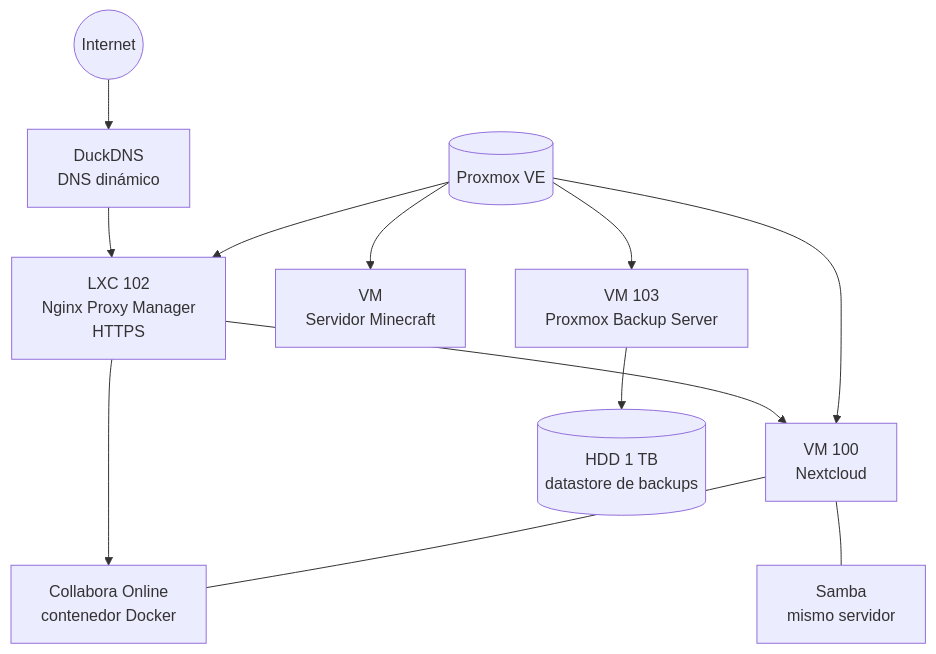
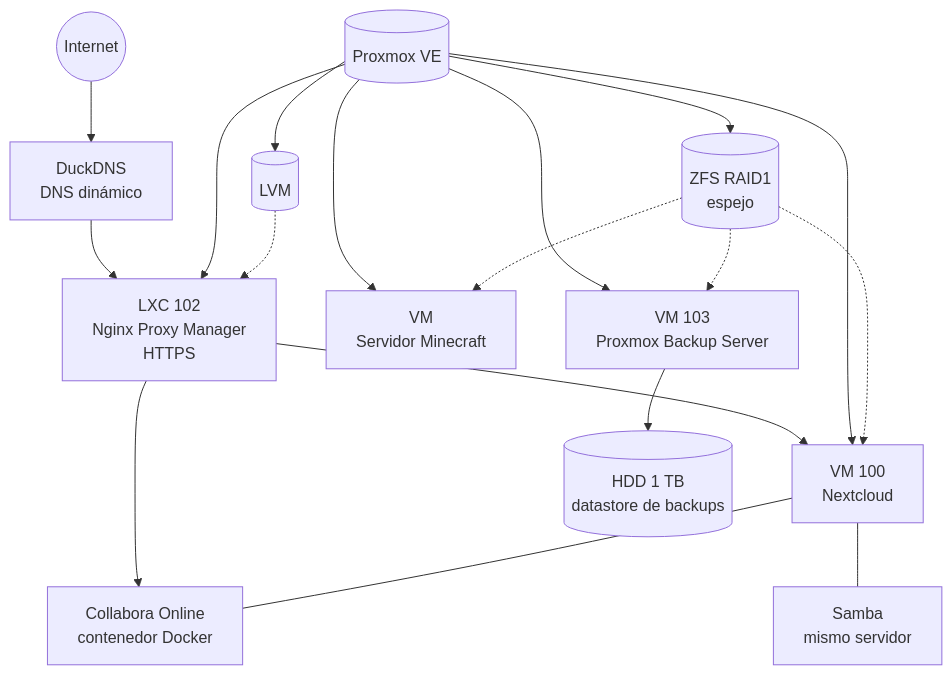
Before and after one commit to Hugo33-bash/Hugo33-bash.github.io-Copiar: the diagram in README.md, drawn with Mermaid.

Commit message:
Add ZFS and LVM relationships to README

````diff
--- a/README.md
+++ b/README.md
@@ -40,14 +40,20 @@
 ```mermaid
 flowchart TD
     Internet((Internet)) --> DNS[DuckDNS<br/>DNS dinámico]
     DNS --> NPM[LXC 102<br/>Nginx Proxy Manager<br/>HTTPS]
     NPM --> NC[VM 100<br/>Nextcloud]
     NPM --> COL[Collabora Online<br/>contenedor Docker]
     NC --- COL
     NC --- SMB[Samba<br/>mismo servidor]
     PVE[(Proxmox VE)] --> NC
     PVE --> MC[VM<br/>Servidor Minecraft]
     PVE --> NPM
     PVE --> PBS[VM 103<br/>Proxmox Backup Server]
     PBS --> HDD[(HDD 1 TB<br/>datastore de backups)]
+    PVE --> ZFS[(ZFS RAID1<br/>espejo)]
+    PVE --> LVM[(LVM)]
+    ZFS -.-> NC
+    ZFS -.-> MC
+    ZFS -.-> PBS
+    LVM -.-> NPM
 ```
````
